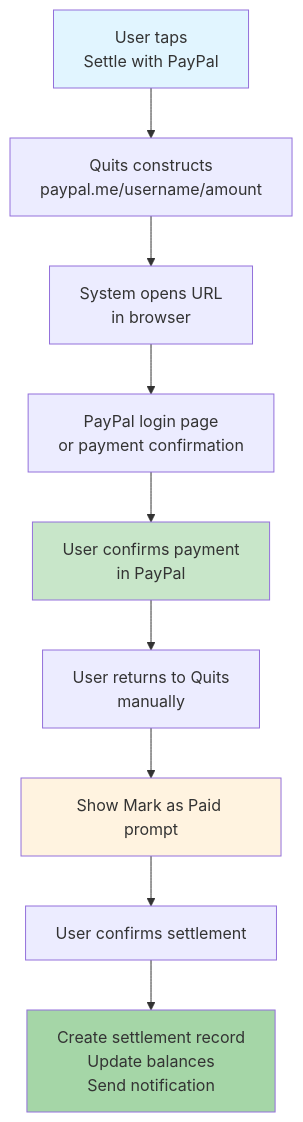
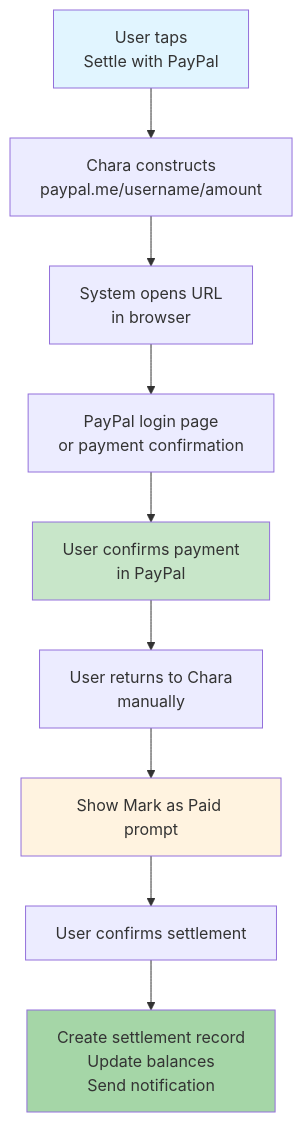
The fifth of 8 diagrams in docs/ux/07-balances-settle-up.md (DowLucas/chara), drawn with Mermaid before and after one commit. The commit also changed other lines of this file and 207 other files, not shown here.

````diff
--- a/docs/ux/07-balances-settle-up.md
+++ b/docs/ux/07-balances-settle-up.md
@@ -109,16 +109,16 @@
 ```mermaid
 flowchart TD
-    A["User taps<br/>Settle with PayPal"] --> B["Quits constructs<br/>paypal.me/username/amount"]
+    A["User taps<br/>Settle with PayPal"] --> B["Chara constructs<br/>paypal.me/username/amount"]
     B --> C["System opens URL<br/>in browser"]
     C --> D["PayPal login page<br/>or payment confirmation"]
     D --> E["User confirms payment<br/>in PayPal"]
-    E --> F["User returns to Quits<br/>manually"]
+    E --> F["User returns to Chara<br/>manually"]
     F --> G["Show Mark as Paid prompt"]
     G --> H["User confirms settlement"]
     H --> I["Create settlement record<br/>Update balances<br/>Send notification"]
     
     style A fill:#e1f5ff
     style E fill:#c8e6c9
     style G fill:#fff3e0
     style I fill:#a5d6a7
 ```
````
